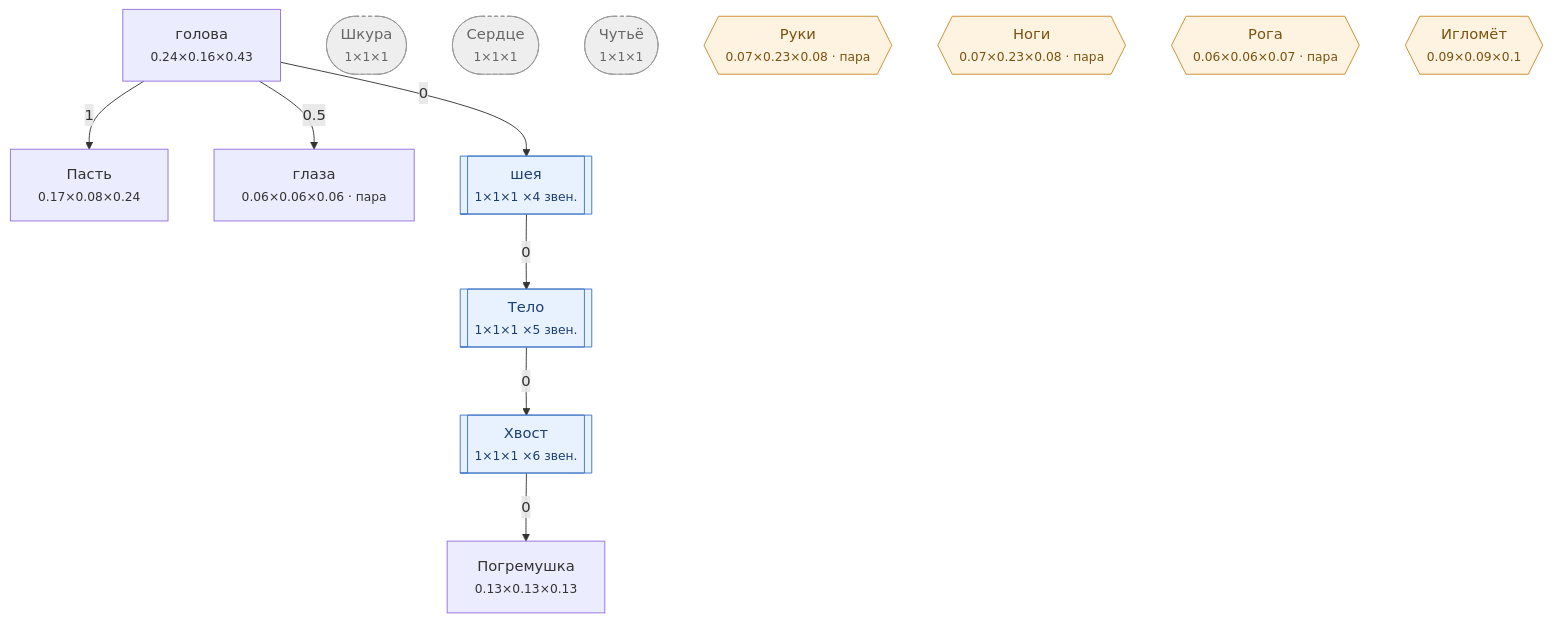
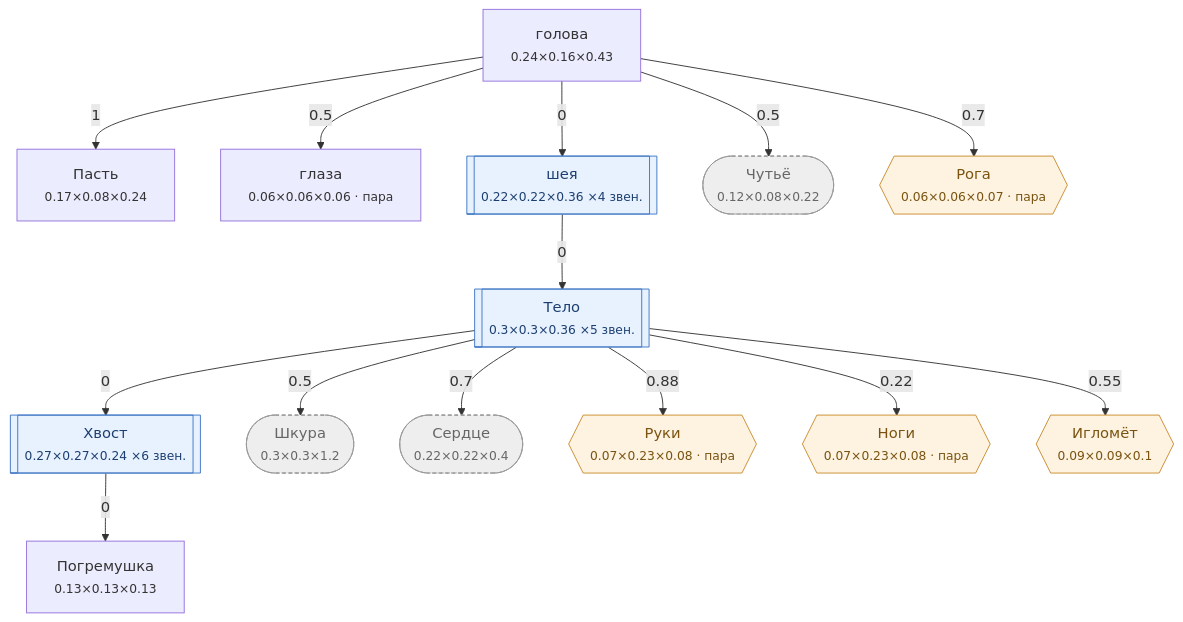
One commit to darklordshish/ChimeraEvolution-2026-06-26_15-29-59 changed the diagram in Docs/Диаграммы/Змея.md. Above: the diagram before and after it, drawn with Mermaid. The commit also changed other lines of this file and 8 other files, not shown here.

First line of the commit message:
Габарит цепи знает про наследование, схема печатает разрешённый калибр

````diff
--- a/Docs/Диаграммы/Змея.md
+++ b/Docs/Диаграммы/Змея.md
@@ -22,31 +22,38 @@
 ```mermaid
 flowchart TD
     n0["голова<br/><small>0.24×0.16×0.43</small>"]
     n1["Пасть<br/><small>0.17×0.08×0.24</small>"]
     n2["глаза<br/><small>0.06×0.06×0.06 · пара</small>"]
-    n3[["шея<br/><small>1×1×1 ×4 звен.</small>"]]
-    n4[["Тело<br/><small>1×1×1 ×5 звен.</small>"]]
-    n5[["Хвост<br/><small>1×1×1 ×6 звен.</small>"]]
+    n3[["шея<br/><small>0.22×0.22×0.36 ×4 звен.</small>"]]
+    n4[["Тело<br/><small>0.3×0.3×0.36 ×5 звен.</small>"]]
+    n5[["Хвост<br/><small>0.27×0.27×0.24 ×6 звен.</small>"]]
     n6["Погремушка<br/><small>0.13×0.13×0.13</small>"]
-    n7(["Шкура<br/><small>1×1×1</small>"])
-    n8(["Сердце<br/><small>1×1×1</small>"])
-    n9(["Чутьё<br/><small>1×1×1</small>"])
+    n7(["Шкура<br/><small>0.3×0.3×1.2</small>"])
+    n8(["Сердце<br/><small>0.22×0.22×0.4</small>"])
+    n9(["Чутьё<br/><small>0.12×0.08×0.22</small>"])
     n10{{"Руки<br/><small>0.07×0.23×0.08 · пара</small>"}}
     n11{{"Ноги<br/><small>0.07×0.23×0.08 · пара</small>"}}
     n12{{"Рога<br/><small>0.06×0.06×0.07 · пара</small>"}}
     n13{{"Игломёт<br/><small>0.09×0.09×0.1</small>"}}
 
     n0 -->|1| n1
     n0 -->|0.5| n2
     n0 -->|0| n3
     n3 -->|0| n4
     n4 -->|0| n5
     n5 -->|0| n6
+    n4 -->|0.5| n7
+    n4 -->|0.7| n8
+    n0 -->|0.5| n9
+    n4 -->|0.88| n10
+    n4 -->|0.22| n11
+    n0 -->|0.7| n12
+    n4 -->|0.55| n13
 
     classDef hid fill:#eee,stroke:#999,stroke-dasharray:4 3,color:#666
     classDef gr fill:#fdf3e0,stroke:#c98a2b,color:#7a5310
     classDef ch fill:#e8f2ff,stroke:#3b74c4,color:#1c3f70
     class n7,n8,n9 hid
     class n10,n11,n12,n13 gr
     class n3,n4,n5 ch
 ```
````
